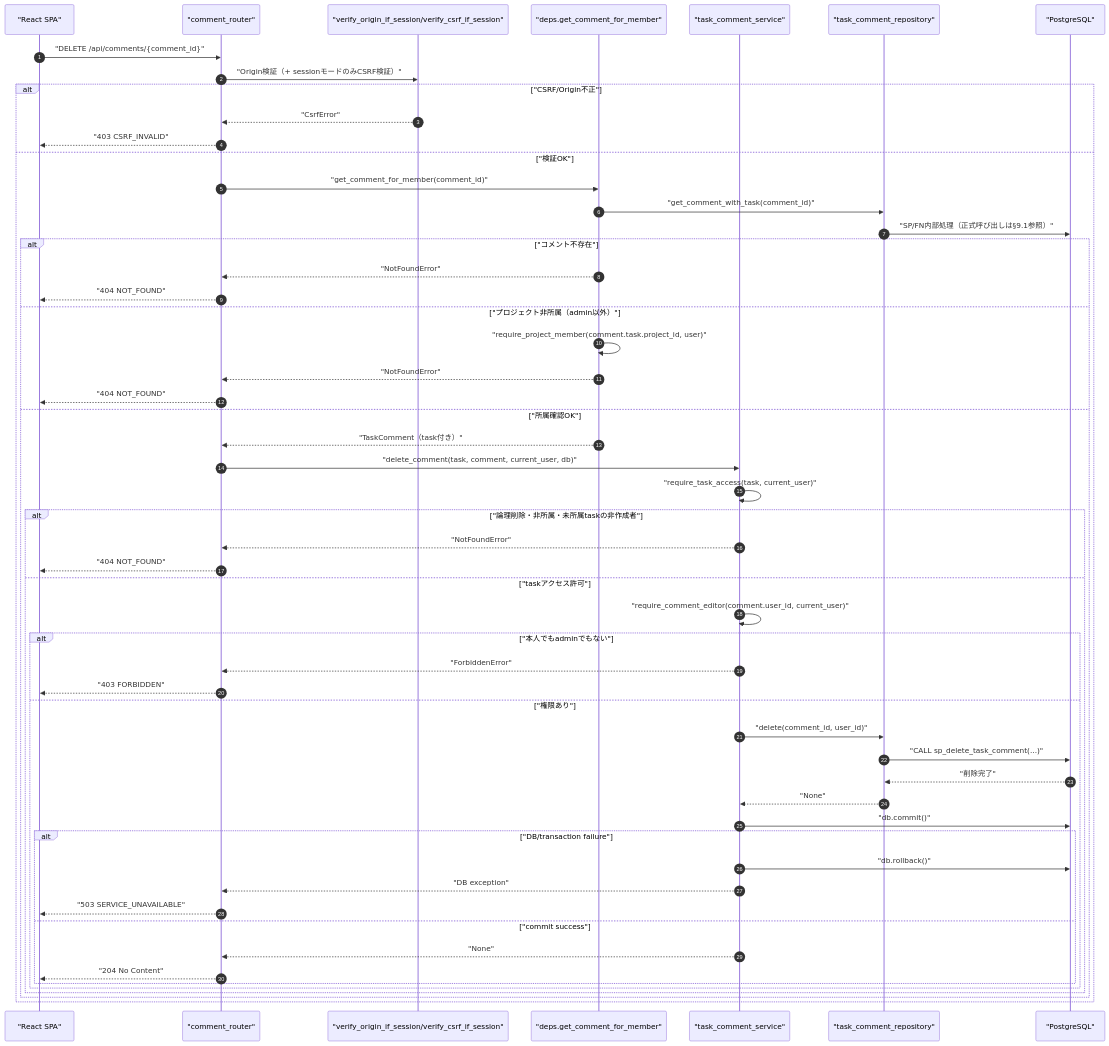
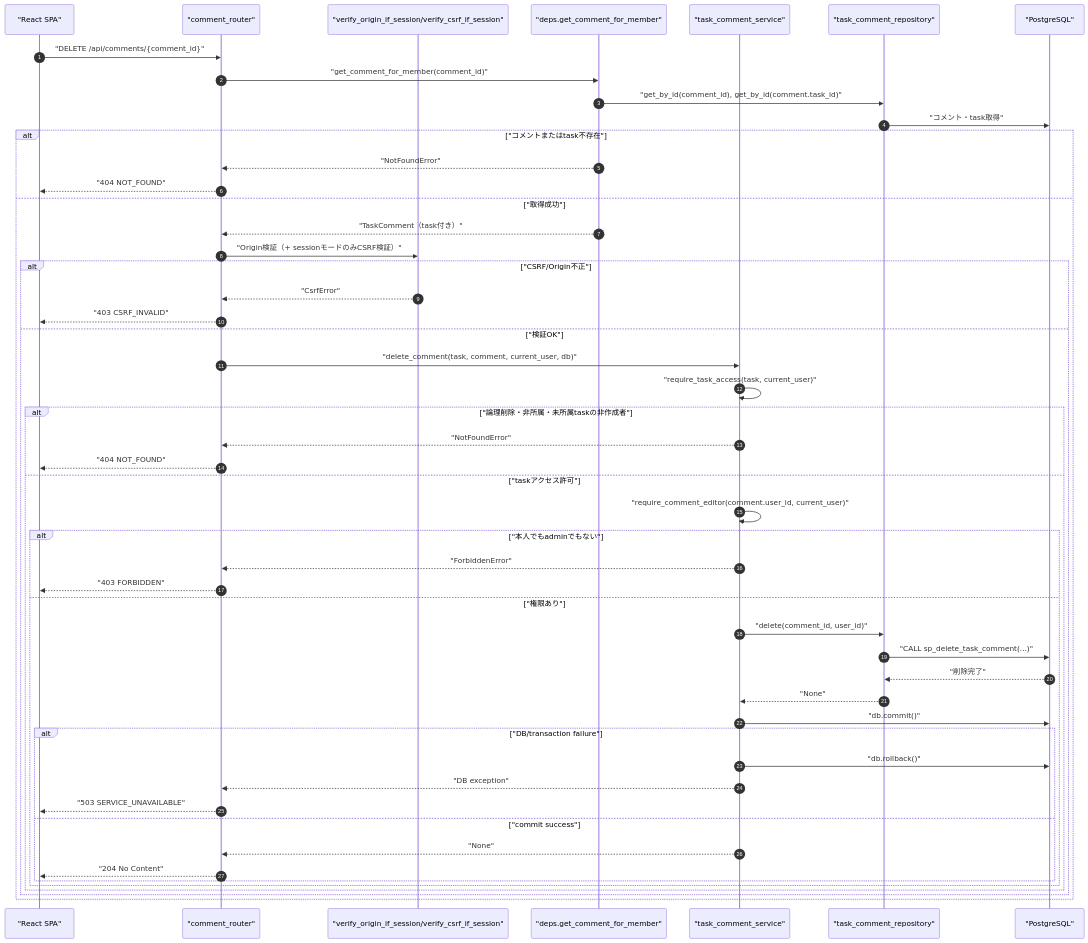
One commit to oikawa-d/task_management changed the first of 4 diagrams in docs/detailed_design/api/tasks/09_delete_comment.md. Above: the diagram before and after it, drawn with Mermaid. The commit also changed 2 other files, not shown here.

Commit message:
test: コメント結合テストの認証境界とRedis後始末を補強

````diff
--- a/docs/detailed_design/api/tasks/09_delete_comment.md
+++ b/docs/detailed_design/api/tasks/09_delete_comment.md
@@ -66,58 +66,54 @@
 ```mermaid
 sequenceDiagram
     autonumber
     participant FE as "React SPA"
     participant R as "comment_router"
     participant V as "verify_origin_if_session/verify_csrf_if_session"
     participant D as "deps.get_comment_for_member"
     participant S as "task_comment_service"
     participant TR as "task_comment_repository"
     participant PG as "PostgreSQL"
 
     FE->>R: "DELETE /api/comments/{comment_id}"
-    R->>V: "Origin検証（+ sessionモードのみCSRF検証）"
-    alt "CSRF/Origin不正"
-        V-->>R: "CsrfError"
-        R-->>FE: "403 CSRF_INVALID"
-    else "検証OK"
-        R->>D: "get_comment_for_member(comment_id)"
-        D->>TR: "get_comment_with_task(comment_id)"
-        TR->>PG: "SP/FN内部処理（正式呼び出しは§9.1参照）"
-        alt "コメント不存在"
-            D-->>R: "NotFoundError"
-            R-->>FE: "404 NOT_FOUND"
-        else "プロジェクト非所属（admin以外）"
-            D->>D: "require_project_member(comment.task.project_id, user)"
-            D-->>R: "NotFoundError"
-            R-->>FE: "404 NOT_FOUND"
-        else "所属確認OK"
-            D-->>R: "TaskComment（task付き）"
+    R->>D: "get_comment_for_member(comment_id)"
+    D->>TR: "get_by_id(comment_id), get_by_id(comment.task_id)"
+    TR->>PG: "コメント・task取得"
+    alt "コメントまたはtask不存在"
+        D-->>R: "NotFoundError"
+        R-->>FE: "404 NOT_FOUND"
+    else "取得成功"
+        D-->>R: "TaskComment（task付き）"
+        R->>V: "Origin検証（+ sessionモードのみCSRF検証）"
+        alt "CSRF/Origin不正"
+            V-->>R: "CsrfError"
+            R-->>FE: "403 CSRF_INVALID"
+        else "検証OK"
             R->>S: "delete_comment(task, comment, current_user, db)"
             S->>S: "require_task_access(task, current_user)"
             alt "論理削除・非所属・未所属taskの非作成者"
                 S-->>R: "NotFoundError"
                 R-->>FE: "404 NOT_FOUND"
             else "taskアクセス許可"
                 S->>S: "require_comment_editor(comment.user_id, current_user)"
                 alt "本人でもadminでもない"
                     S-->>R: "ForbiddenError"
                     R-->>FE: "403 FORBIDDEN"
                 else "権限あり"
                 S->>TR: "delete(comment_id, user_id)"
                 TR->>PG: "CALL sp_delete_task_comment(...)"
                 PG-->>TR: "削除完了"
                     TR-->>S: "None"
                     S->>PG: "db.commit()"
                     alt "DB/transaction failure"
                         S->>PG: "db.rollback()"
                         S-->>R: "DB exception"
                         R-->>FE: "503 SERVICE_UNAVAILABLE"
                     else "commit success"
                         S-->>R: "None"
                         R-->>FE: "204 No Content"
                     end
                 end
             end
         end
     end
 ```
````
